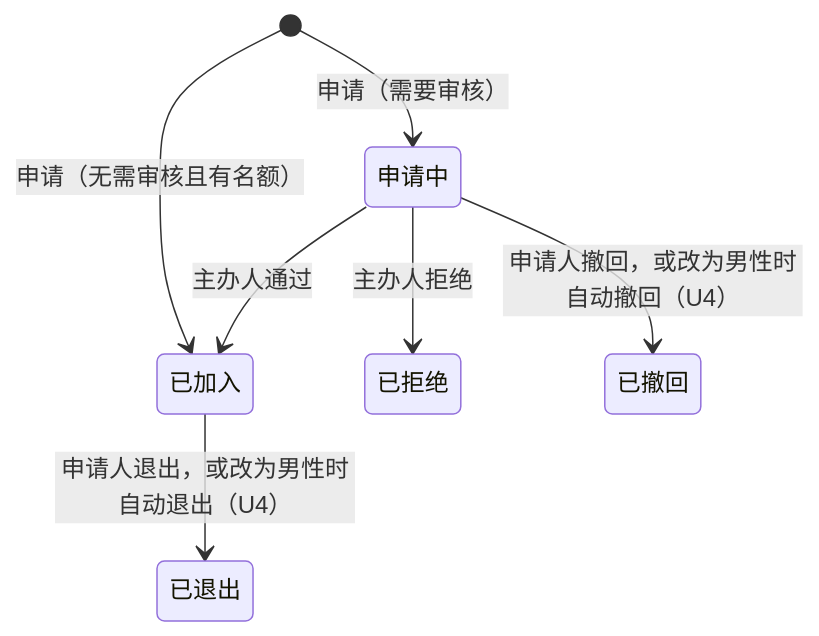
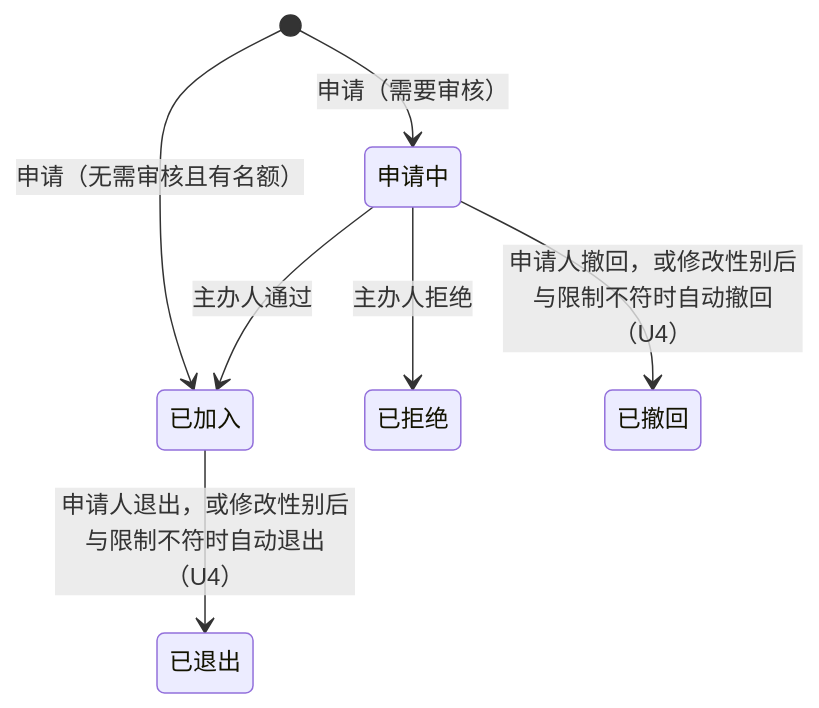
One commit to Ciri101/FESTIVA changed the fifth of 5 diagrams in truth/FESTIVA-工程架构文档.md. Above: the diagram before and after it, drawn with Mermaid. The commit also changed other lines of this file and 7 other files, not shown here.

````diff
--- a/truth/FESTIVA-工程架构文档.md
+++ b/truth/FESTIVA-工程架构文档.md
@@ -349,14 +349,14 @@
 ```mermaid
 stateDiagram-v2
   state "申请中" as pending
   state "已加入" as joined
   state "已拒绝" as rejected
   state "已撤回" as withdrawn
   state "已退出" as left
   [*] --> pending : 申请（需要审核）
   [*] --> joined : 申请（无需审核且有名额）
   pending --> joined : 主办人通过
   pending --> rejected : 主办人拒绝
-  pending --> withdrawn : 申请人撤回，或改为男性时自动撤回（U4）
-  joined --> left : 申请人退出，或改为男性时自动退出（U4）
+  pending --> withdrawn : 申请人撤回，或修改性别后与限制不符时自动撤回（U4）
+  joined --> left : 申请人退出，或修改性别后与限制不符时自动退出（U4）
 ```
````
